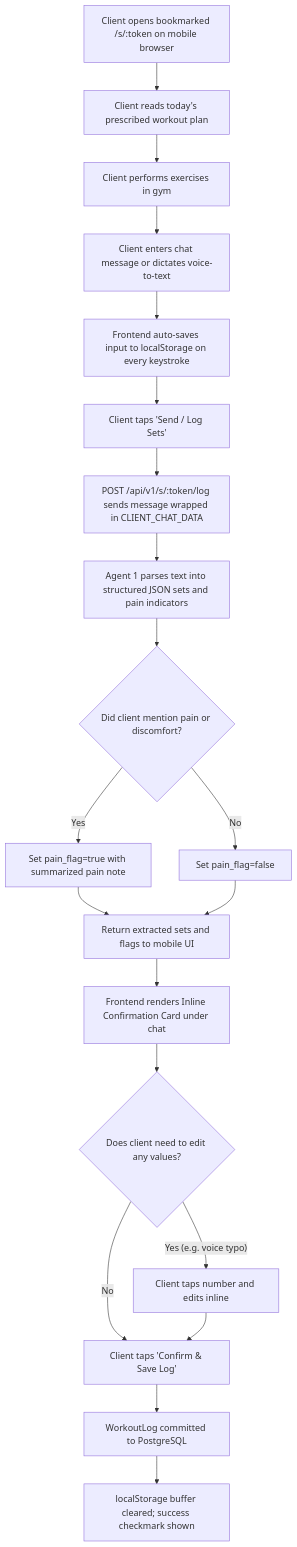
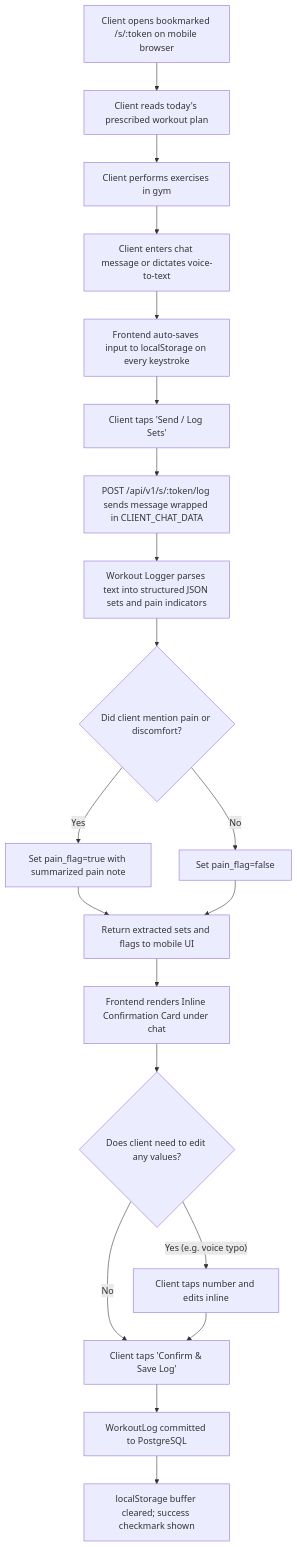
One commit to justin-day-pursuit/trainer-agent-app changed the second of 7 diagrams in documents/03-user-flows.md. Above: the diagram before and after it, drawn with Mermaid. The commit also changed other lines of this file and 24 other files, not shown here.

Commit message:
docs(agents): adopt functional names (Workout Logger, Progression Planner, Trainer Assistant) across codebase and docs

````diff
--- a/documents/03-user-flows.md
+++ b/documents/03-user-flows.md
@@ -31,22 +31,22 @@
 ```mermaid
 flowchart TD
     A["Client opens bookmarked /s/:token on mobile browser"] --> B["Client reads today's prescribed workout plan"]
     B --> C["Client performs exercises in gym"]
     C --> D["Client enters chat message or dictates voice-to-text"]
     D --> E["Frontend auto-saves input to localStorage on every keystroke"]
     E --> F["Client taps 'Send / Log Sets'"]
     F --> G["POST /api/v1/s/:token/log sends message wrapped in CLIENT_CHAT_DATA"]
-    G --> H["Agent 1 parses text into structured JSON sets and pain indicators"]
+    G --> H["Workout Logger parses text into structured JSON sets and pain indicators"]
     H --> I{"Did client mention pain or discomfort?"}
     I -- "Yes" --> J["Set pain_flag=true with summarized pain note"]
     I -- "No" --> K["Set pain_flag=false"]
     J --> L["Return extracted sets and flags to mobile UI"]
     K --> L
     L --> M["Frontend renders Inline Confirmation Card under chat"]
     M --> N{"Does client need to edit any values?"}
     N -- "Yes (e.g. voice typo)" --> O["Client taps number and edits inline"]
     N -- "No" --> P["Client taps 'Confirm & Save Log'"]
     O --> P
     P --> Q["WorkoutLog committed to PostgreSQL"]
     Q --> R["localStorage buffer cleared; success checkmark shown"]
 ```
````
